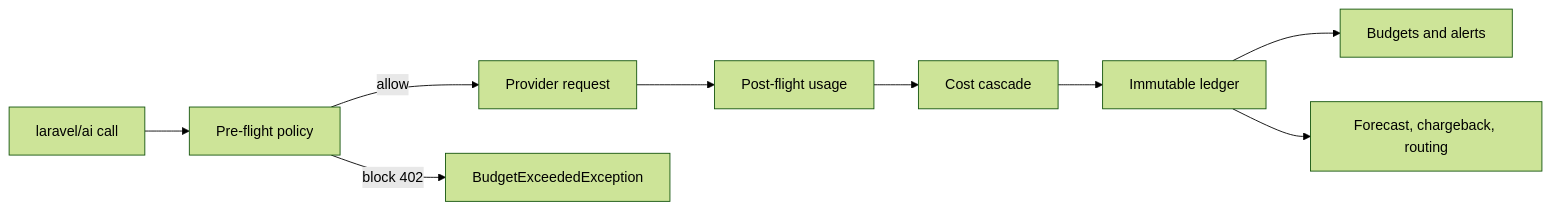
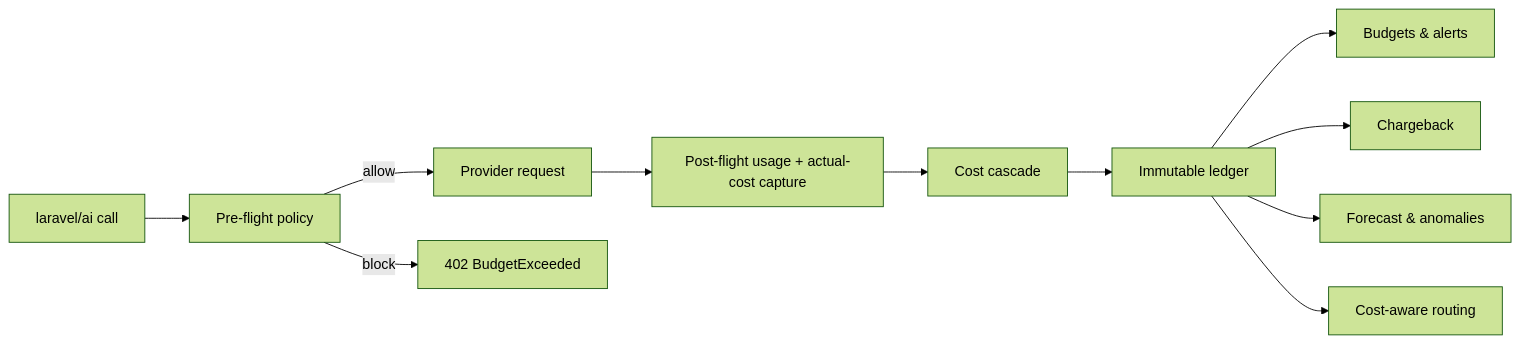
Before and after one commit to padosoft/laravel-ai-finops: the diagram in docs-site/docs/index.md, drawn with Mermaid (forest theme). The commit also changed other lines of this file and 2 other files, not shown here.

````diff
--- a/docs-site/docs/index.md
+++ b/docs-site/docs/index.md
@@ -47,11 +183,13 @@
 ```mermaid
 flowchart LR
   A[laravel/ai call] --> B[Pre-flight policy]
   B -->|allow| C[Provider request]
-  B -->|block 402| X[BudgetExceededException]
-  C --> D[Post-flight usage]
+  B -->|block| X[402 BudgetExceeded]
+  C --> D[Post-flight usage + actual-cost capture]
   D --> E[Cost cascade]
   E --> F[Immutable ledger]
-  F --> G[Budgets and alerts]
-  F --> H[Forecast, chargeback, routing]
+  F --> G[Budgets & alerts]
+  F --> H[Chargeback]
+  F --> I[Forecast & anomalies]
+  F --> J[Cost-aware routing]
 ```
````
